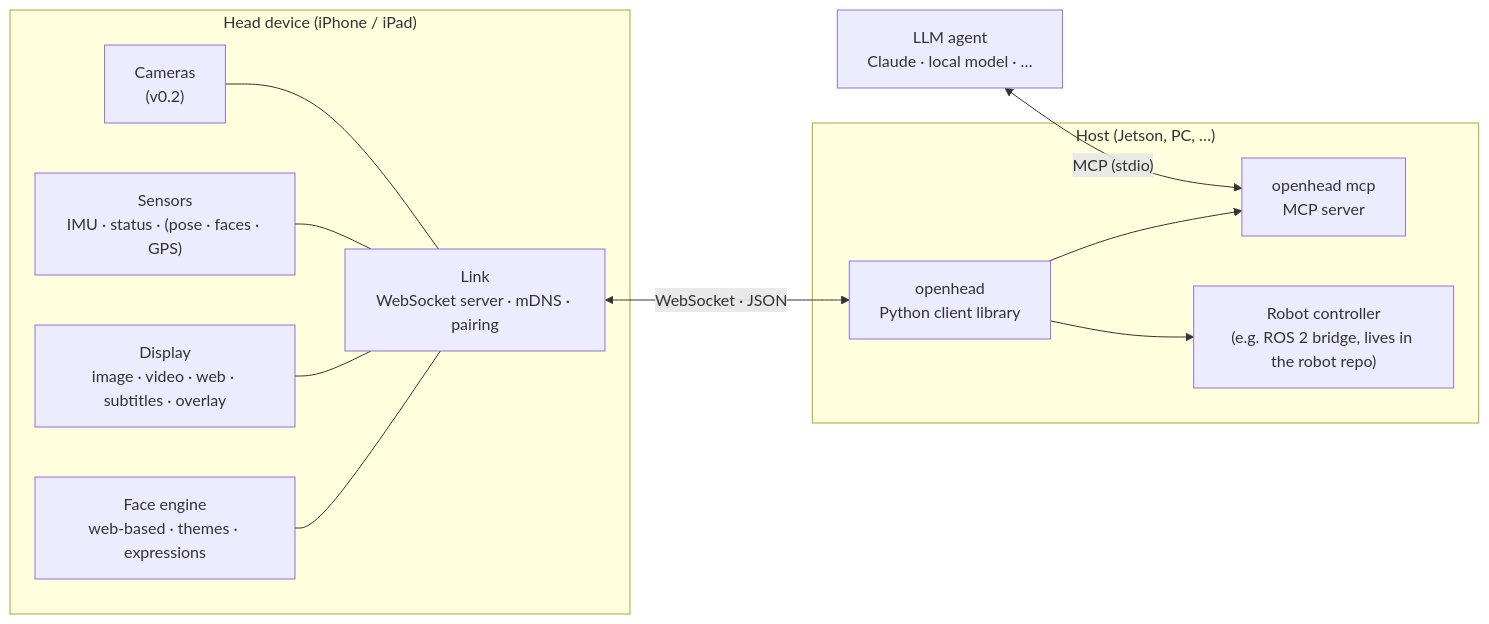
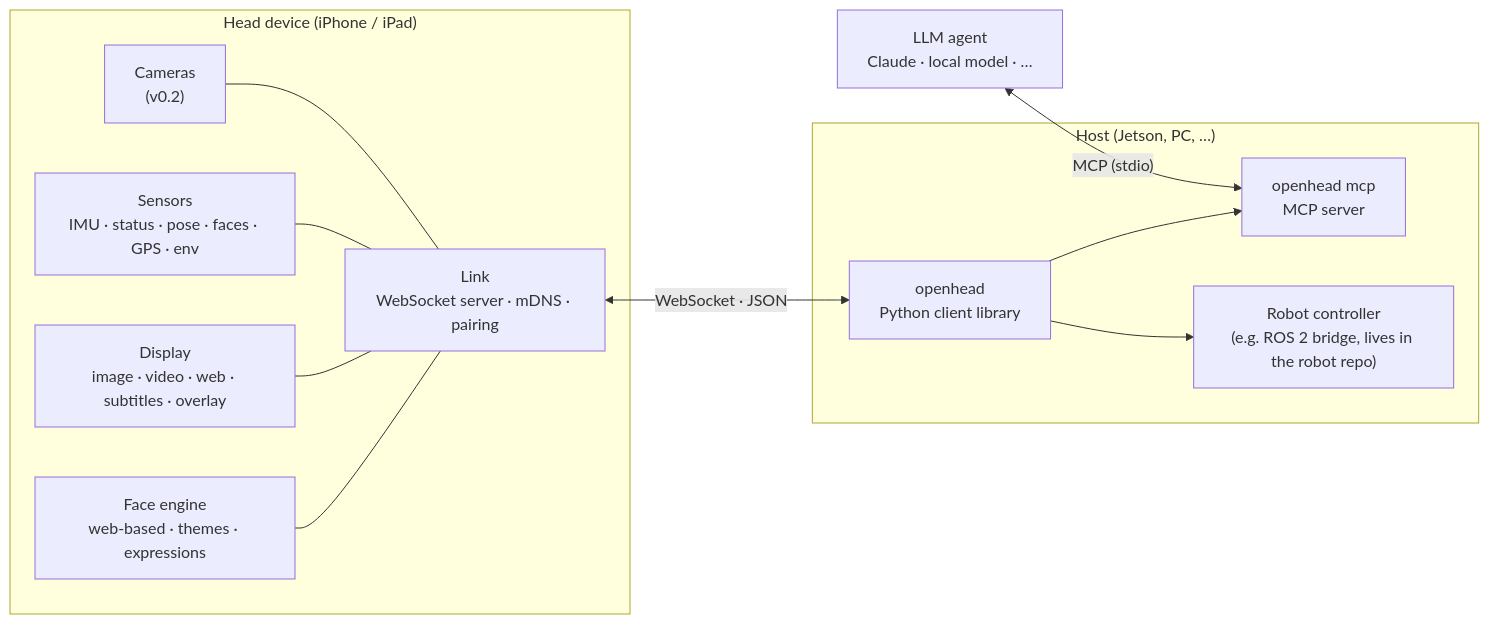
The first of 4 diagrams in README.md (PatrikBichis/openhead), drawn with Mermaid before and after one commit. The commit also changed other lines of this file and 47 other files, not shown here.

First line of the commit message:
Protocol 0.3: gps and env streams (iPhone 12 sensors)

````diff
--- a/README.md
+++ b/README.md
@@ -49,27 +50,27 @@
 ```mermaid
 flowchart LR
     subgraph Device["Head device (iPhone / iPad)"]
         Face["Face engine<br/>web-based · themes · expressions"]
         Display["Display<br/>image · video · web · subtitles · overlay"]
-        Sensors["Sensors<br/>IMU · status · (pose · faces · GPS)"]
+        Sensors["Sensors<br/>IMU · status · pose · faces · GPS · env"]
         Cam["Cameras<br/>(v0.2)"]
         Link["Link<br/>WebSocket server · mDNS · pairing"]
         Face --- Link
         Display --- Link
         Sensors --- Link
         Cam --- Link
     end
 
     subgraph Host["Host (Jetson, PC, …)"]
         Py["openhead<br/>Python client library"]
         MCP["openhead mcp<br/>MCP server"]
         ROS["Robot controller<br/>(e.g. ROS 2 bridge, lives in the robot repo)"]
         Py --> MCP
         Py --> ROS
     end
 
     Agent["LLM agent<br/>Claude · local model · …"]
 
     Link <-- "WebSocket · JSON" --> Py
     Agent <-- "MCP (stdio)" --> MCP
 ```
````
